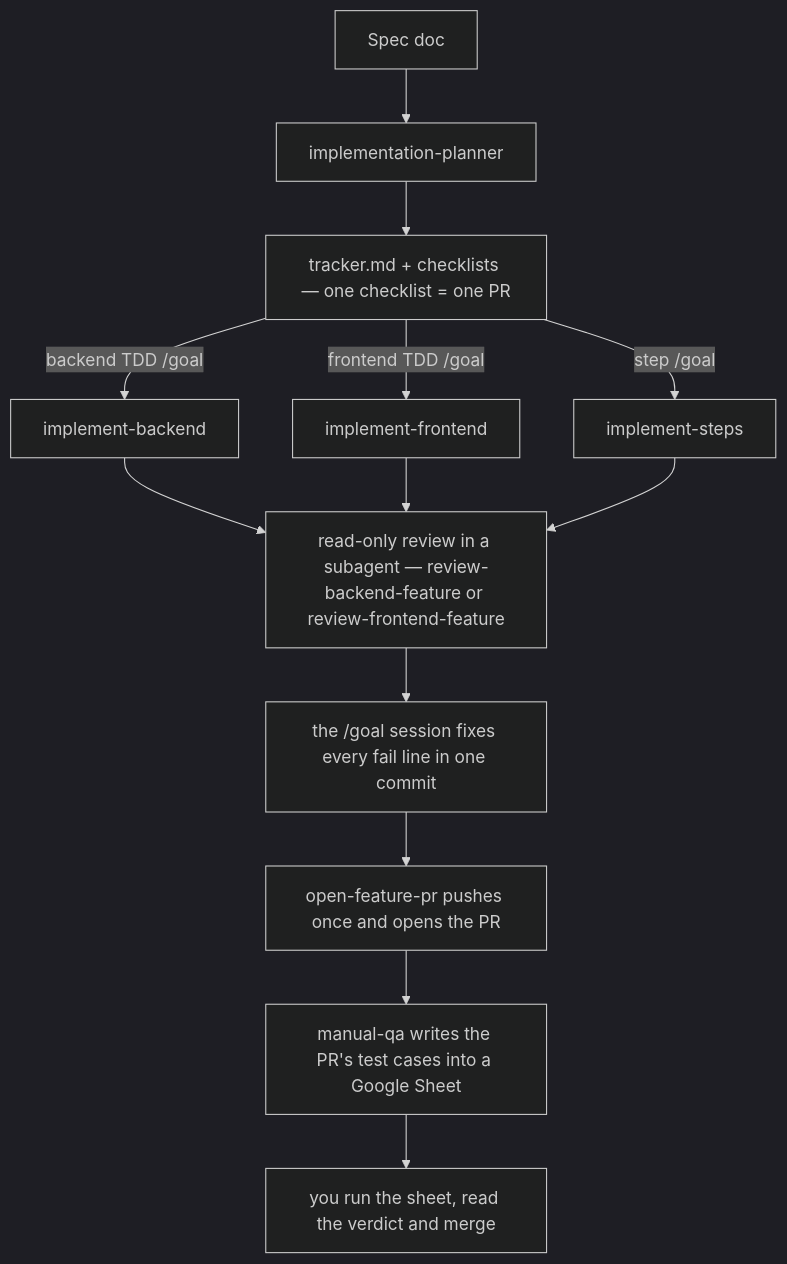
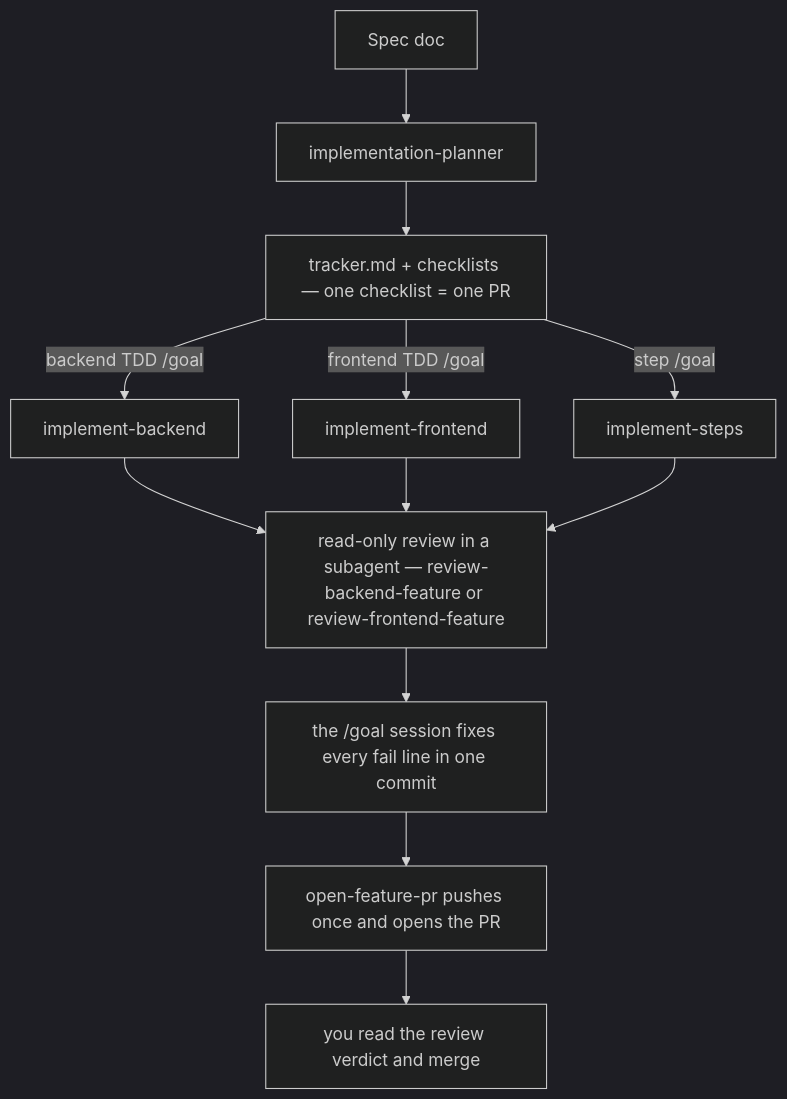
One commit to Njunge11/jig changed the diagram in README.md. Above: the diagram before and after it, drawn with Mermaid (dark theme). The commit also changed other lines of this file and 3 other files, not shown here.

````diff
--- a/README.md
+++ b/README.md
@@ -71,15 +70,14 @@
 ```mermaid
 flowchart TD
     S[Spec doc] --> P[implementation-planner]
     P --> T["tracker.md + checklists — one checklist = one PR"]
     T -->|"backend TDD /goal"| B[implement-backend]
     T -->|"frontend TDD /goal"| F[implement-frontend]
     T -->|"step /goal"| SL[implement-steps]
     B --> R["read-only review in a subagent — review-backend-feature or review-frontend-feature"]
     F --> R
     SL --> R
     R --> X[the /goal session fixes every fail line in one commit]
     X --> O[open-feature-pr pushes once and opens the PR]
-    O --> Q[manual-qa writes the PR's test cases into a Google Sheet]
-    Q --> M[you run the sheet, read the verdict and merge]
+    O --> M[you read the review verdict and merge]
 ```
````
